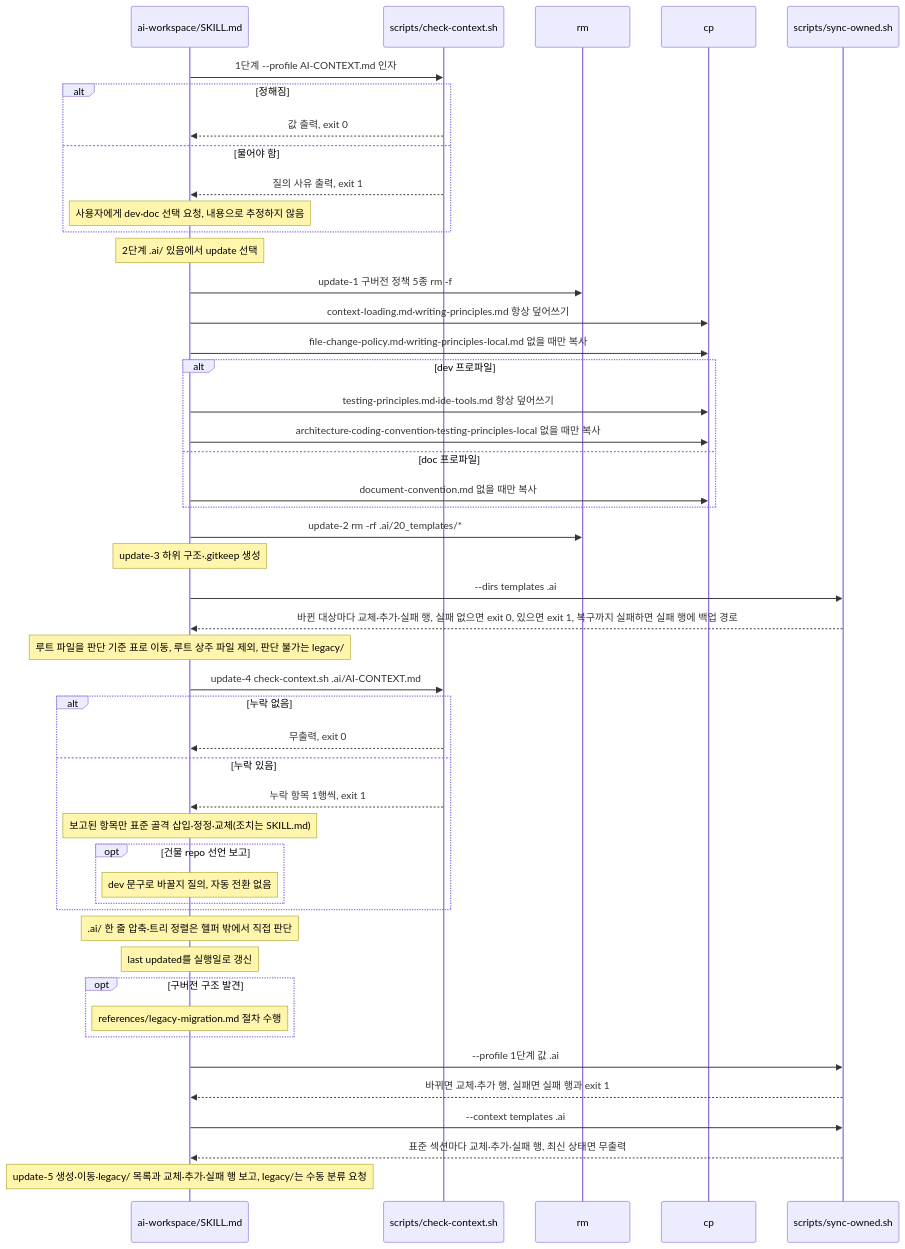
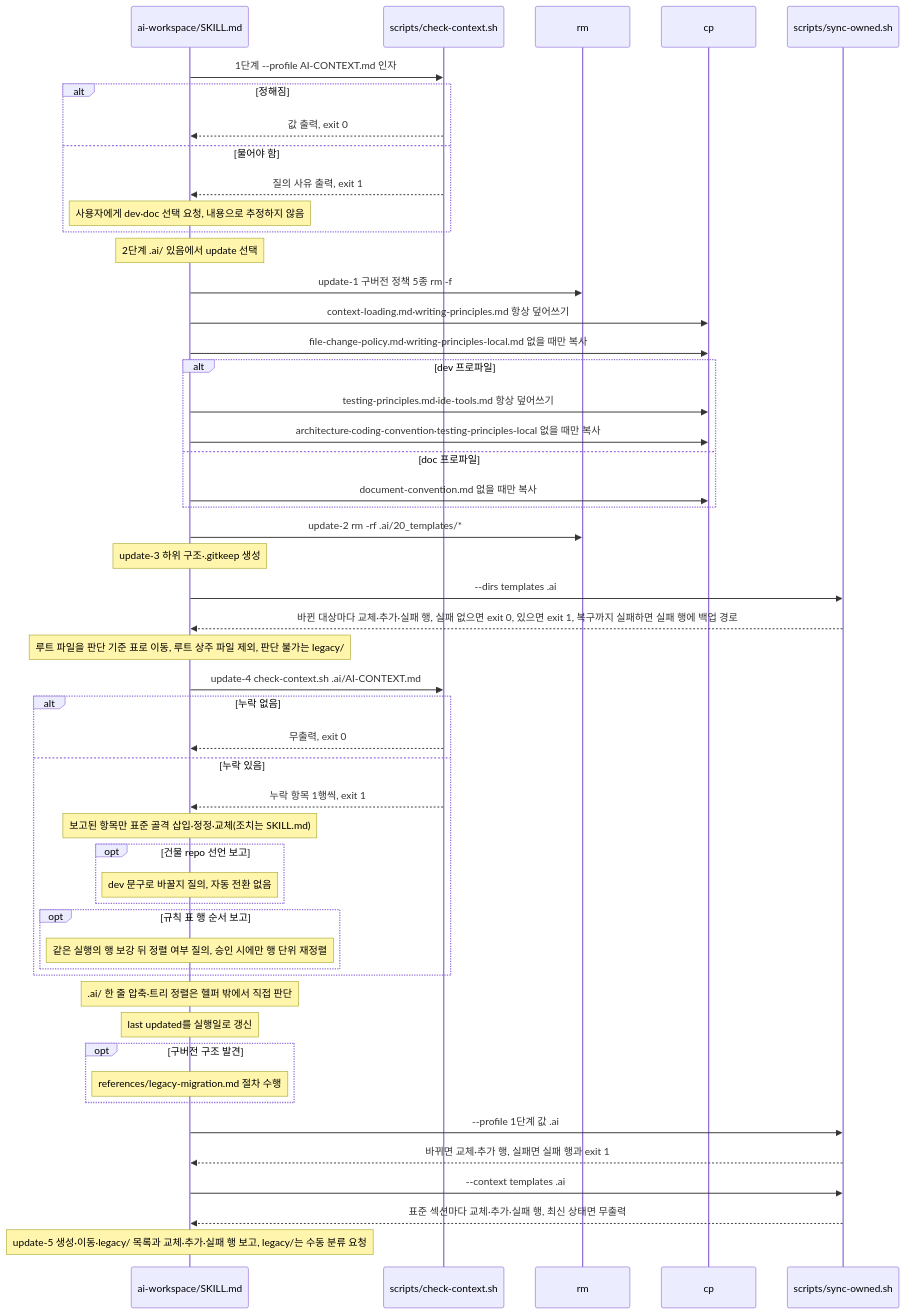
One commit to scroogy-dev/scroogy-agent-skills changed the diagram in .ai/60_codebase/ai-workspace/update-call-flow.md. Above: the diagram before and after it, drawn with Mermaid. The commit also changed other lines of this file and 1 other file, not shown here.

````diff
--- a/.ai/60_codebase/ai-workspace/update-call-flow.md
+++ b/.ai/60_codebase/ai-workspace/update-call-flow.md
@@ -46,51 +47,54 @@
 ```mermaid
 sequenceDiagram
     participant SK as ai-workspace/SKILL.md
     participant CC as scripts/check-context.sh
     participant RM as rm
     participant CP as cp
     participant SO as scripts/sync-owned.sh
 
     SK->>CC: 1단계 --profile AI-CONTEXT.md 인자
     alt 정해짐
         CC-->>SK: 값 출력, exit 0
     else 물어야 함
         CC-->>SK: 질의 사유 출력, exit 1
         Note over SK: 사용자에게 dev·doc 선택 요청, 내용으로 추정하지 않음
     end
     Note over SK: 2단계 .ai/ 있음에서 update 선택
     SK->>RM: update-1 구버전 정책 5종 rm -f
     SK->>CP: context-loading.md·writing-principles.md 항상 덮어쓰기
     SK->>CP: file-change-policy.md·writing-principles-local.md 없을 때만 복사
     alt dev 프로파일
         SK->>CP: testing-principles.md·ide-tools.md 항상 덮어쓰기
         SK->>CP: architecture·coding-convention·testing-principles-local 없을 때만 복사
     else doc 프로파일
         SK->>CP: document-convention.md 없을 때만 복사
     end
     SK->>RM: update-2 rm -rf .ai/20_templates/*
     Note over SK: update-3 하위 구조·.gitkeep 생성
     SK->>SO: --dirs templates .ai
     SO-->>SK: 바뀐 대상마다 교체·추가·실패 행, 실패 없으면 exit 0, 있으면 exit 1, 복구까지 실패하면 실패 행에 백업 경로
     Note over SK: 루트 파일을 판단 기준 표로 이동, 루트 상주 파일 제외, 판단 불가는 legacy/
     SK->>CC: update-4 check-context.sh .ai/AI-CONTEXT.md
     alt 누락 없음
         CC-->>SK: 무출력, exit 0
     else 누락 있음
         CC-->>SK: 누락 항목 1행씩, exit 1
         Note over SK: 보고된 항목만 표준 골격 삽입·정정·교체(조치는 SKILL.md)
         opt 건물 repo 선언 보고
             Note over SK: dev 문구로 바꿀지 질의, 자동 전환 없음
         end
+        opt 규칙 표 행 순서 보고
+            Note over SK: 같은 실행의 행 보강 뒤 정렬 여부 질의, 승인 시에만 행 단위 재정렬
+        end
     end
     Note over SK: .ai/ 한 줄 압축·트리 정렬은 헬퍼 밖에서 직접 판단
     Note over SK: last updated를 실행일로 갱신
     opt 구버전 구조 발견
         Note over SK: references/legacy-migration.md 절차 수행
     end
     SK->>SO: --profile 1단계 값 .ai
     SO-->>SK: 바뀌면 교체·추가 행, 실패면 실패 행과 exit 1
     SK->>SO: --context templates .ai
     SO-->>SK: 표준 섹션마다 교체·추가·실패 행, 최신 상태면 무출력
     Note over SK: update-5 생성·이동·legacy/ 목록과 교체·추가·실패 행 보고, legacy/는 수동 분류 요청
 ```
````
